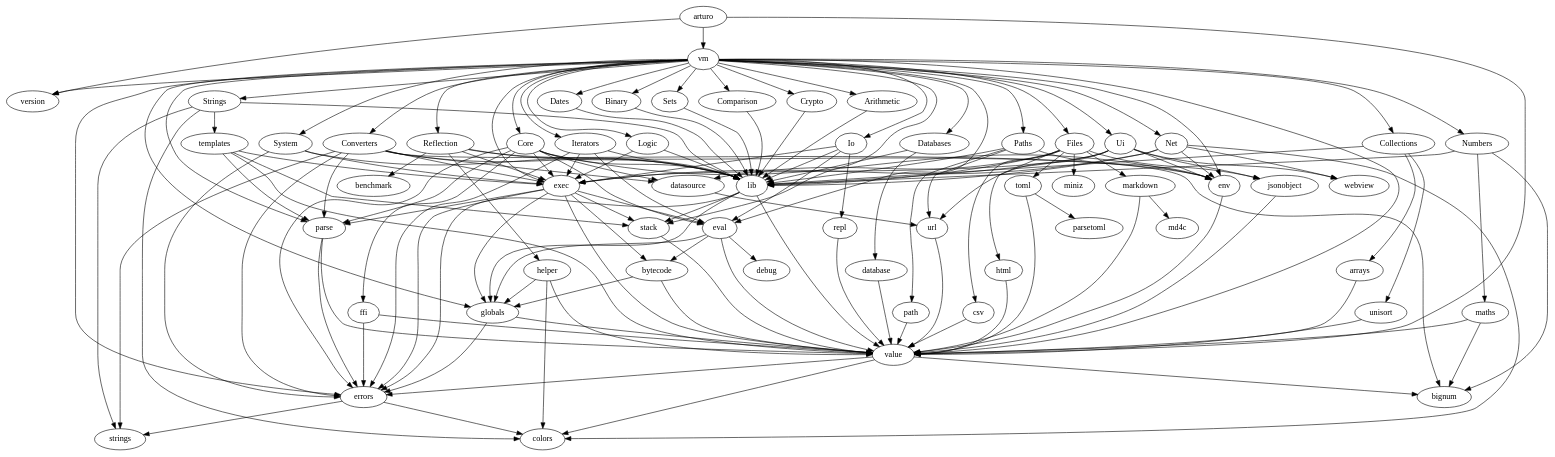
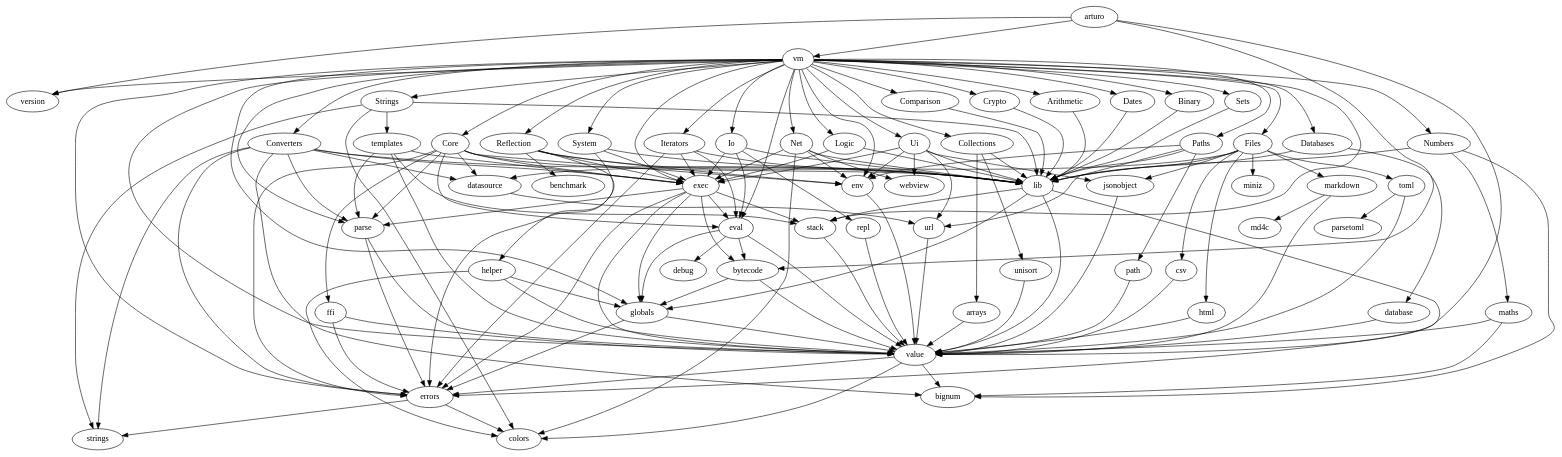
The diagram in tools/arturo.dot (arturo-lang/arturo), drawn with Graphviz before and after one commit. The commit also changed 2 other files, not shown here.

Commit message:
removed templates helper and move rendering functions in Strings library module

```diff
--- a/tools/arturo.dot
+++ b/tools/arturo.dot
@@ -1,162 +1,163 @@
 digraph arturo {
+errors -> "colors";
+errors -> "strings";
 value -> "bignum";
 value -> "colors";
-errors -> "colors";
-errors -> "strings";
 value -> "errors";
-env -> "value";
-eval -> "debug";
 globals -> "errors";
 globals -> "value";
 bytecode -> "globals";
 bytecode -> "value";
+env -> "value";
+eval -> "debug";
 eval -> "bytecode";
 eval -> "globals";
 eval -> "value";
 parse -> "errors";
 parse -> "value";
 stack -> "value";
 exec -> "bytecode";
 exec -> "errors";
 exec -> "eval";
 exec -> "globals";
 exec -> "parse";
 exec -> "stack";
 exec -> "value";
 vm -> "env";
 vm -> "errors";
 vm -> "eval";
 vm -> "exec";
 vm -> "globals";
 vm -> "parse";
 vm -> "stack";
 vm -> "value";
 vm -> "version";
 lib -> "globals";
 lib -> "errors";
 lib -> "stack";
 lib -> "value";
 Arithmetic -> "lib";
 vm -> "Arithmetic";
 Binary -> "lib";
 vm -> "Binary";
 arrays -> "value";
 Collections -> "arrays";
 unisort -> "value";
 Collections -> "unisort";
 Collections -> "lib";
 vm -> "Collections";
 Comparison -> "lib";
 vm -> "Comparison";
 Converters -> "bignum";
 url -> "value";
 datasource -> "url";
 Converters -> "datasource";
 Converters -> "strings";
 Converters -> "lib";
 Converters -> "errors";
 Converters -> "exec";
 Converters -> "parse";
 vm -> "Converters";
 Core -> "datasource";
 ffi -> "errors";
 ffi -> "value";
 Core -> "ffi";
 Core -> "lib";
 Core -> "env";
 Core -> "errors";
 Core -> "eval";
 Core -> "exec";
 Core -> "parse";
 vm -> "Core";
 Crypto -> "lib";
 vm -> "Crypto";
 database -> "value";
 Databases -> "database";
 Databases -> "lib";
 vm -> "Databases";
 Dates -> "lib";
 vm -> "Dates";
 html -> "value";
 markdown -> "md4c";
 markdown -> "value";
 toml -> "parsetoml";
 toml -> "value";
 Files -> "miniz";
 Files -> "html";
 Files -> "markdown";
 Files -> "toml";
 csv -> "value";
 Files -> "csv";
 Files -> "datasource";
 jsonobject -> "value";
 Files -> "jsonobject";
 Files -> "lib";
 vm -> "Files";
 repl -> "value";
 Io -> "repl";
 Io -> "lib";
 Io -> "eval";
 Io -> "exec";
 vm -> "Io";
 Iterators -> "lib";
 Iterators -> "errors";
 Iterators -> "eval";
 Iterators -> "exec";
 vm -> "Iterators";
 Logic -> "lib";
 Logic -> "exec";
 vm -> "Logic";
 Net -> "colors";
 Net -> "webview";
 Net -> "lib";
 Net -> "env";
 Net -> "exec";
 vm -> "Net";
 Numbers -> "bignum";
 maths -> "bignum";
 maths -> "value";
 Numbers -> "maths";
 Numbers -> "lib";
 vm -> "Numbers";
 path -> "value";
 Paths -> "path";
 Paths -> "url";
 Paths -> "lib";
 Paths -> "env";
 vm -> "Paths";
 Reflection -> "benchmark";
 helper -> "colors";
 helper -> "globals";
 helper -> "value";
 Reflection -> "helper";
 Reflection -> "lib";
 Reflection -> "env";
 Reflection -> "exec";
 vm -> "Reflection";
 Sets -> "lib";
 vm -> "Sets";
 Strings -> "colors";
 Strings -> "strings";
 templates -> "exec";
 templates -> "parse";
 templates -> "stack";
 templates -> "value";
 Strings -> "templates";
 Strings -> "lib";
 vm -> "Strings";
 System -> "lib";
 System -> "errors";
 System -> "exec";
 vm -> "System";
 Ui -> "lib";
 Ui -> "jsonobject";
 Ui -> "url";
 Ui -> "webview";
 Ui -> "env";
 Ui -> "exec";
 vm -> "Ui";
+arturo -> "bytecode";
 arturo -> "version";
 arturo -> "value";
 arturo -> "vm";
 }
```
